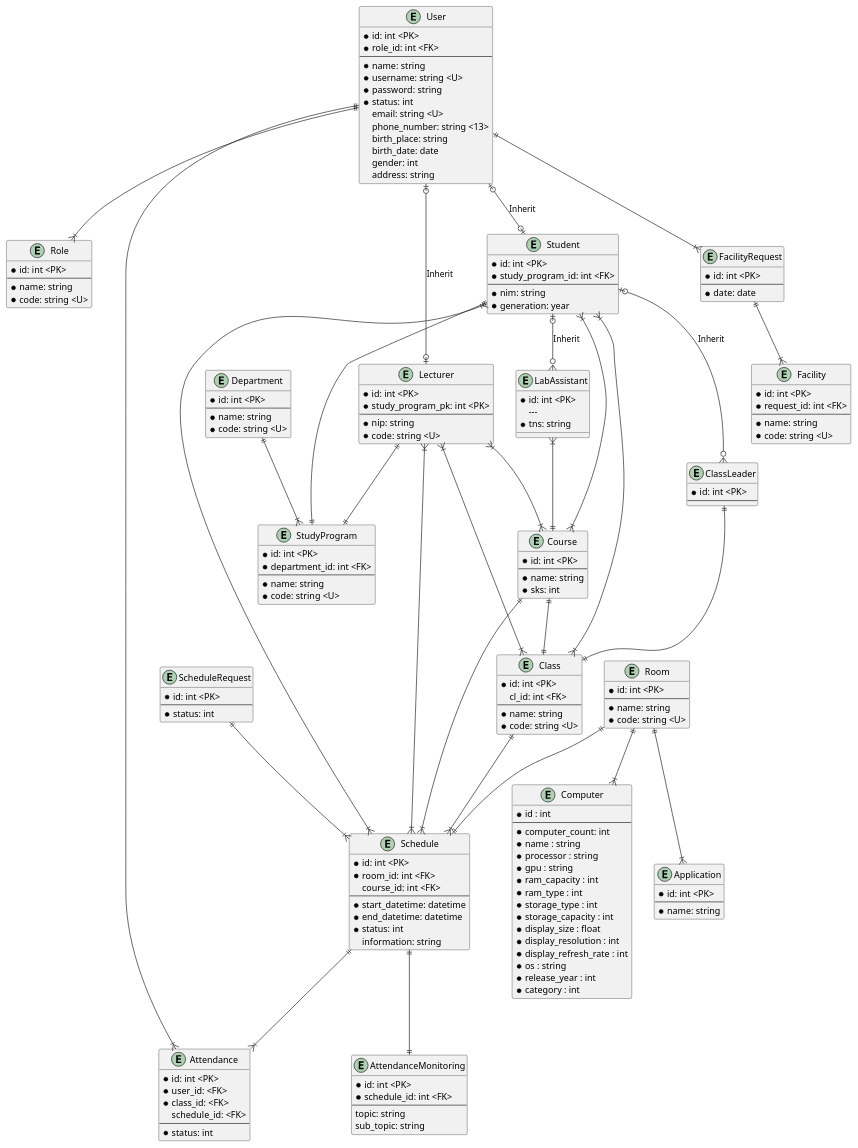
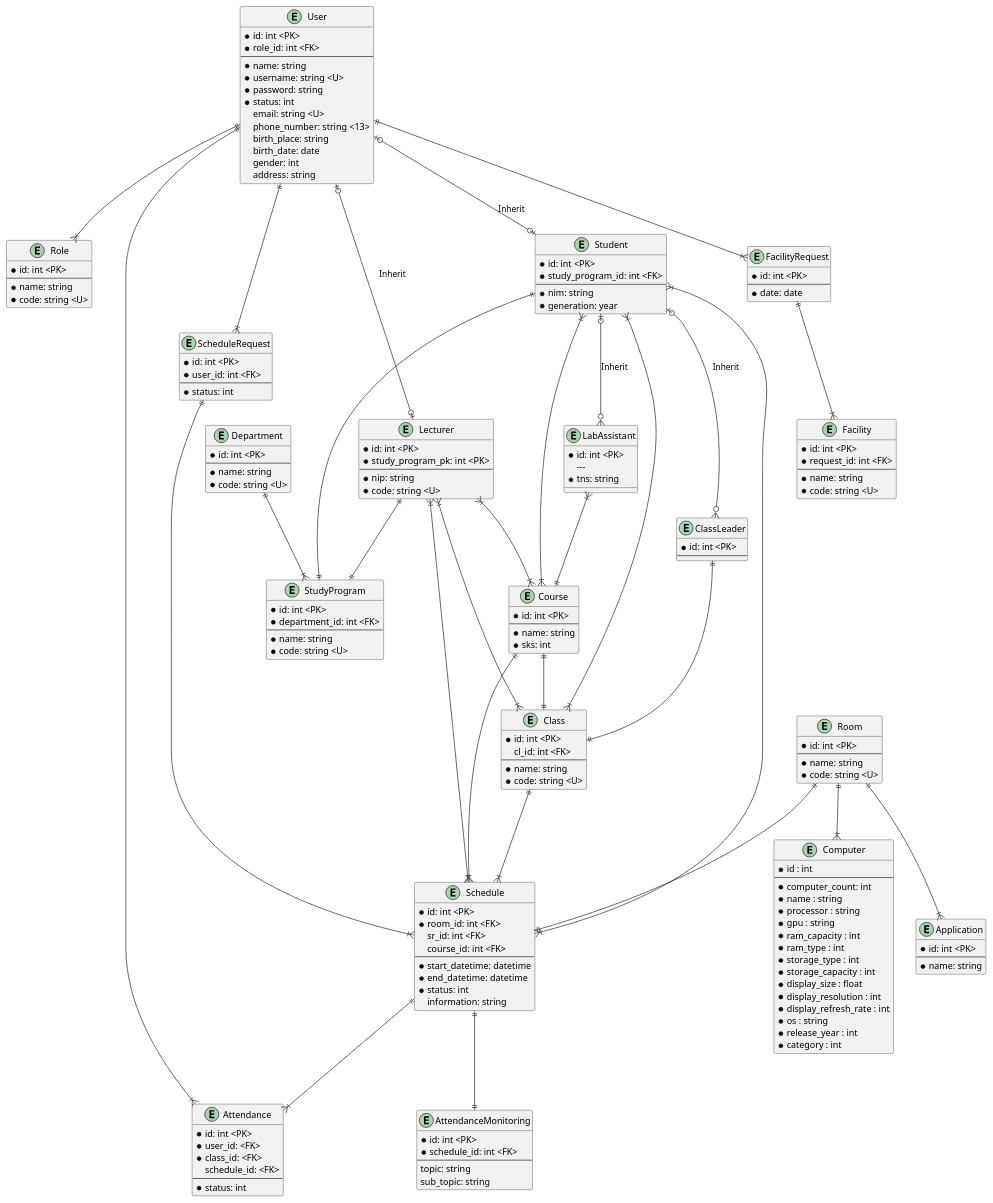
One commit to codebaradev/Simlab changed the diagram in docs/erd.plantuml. Above: the diagram before and after it, drawn with PlantUML. The commit also changed 4 other files, not shown here.

Commit message:
feat: update erd

```diff
--- a/docs/erd.plantuml
+++ b/docs/erd.plantuml
@@ -104,6 +104,7 @@
 
 entity ScheduleRequest {
     * id: int <PK>
+    * user_id: int <FK>
     ---
     * status: int    
 }
@@ -111,6 +112,7 @@
 entity "Schedule" as schedule {
     * id: int <PK>
     * room_id: int <FK>
+    sr_id: int <FK>
     course_id: int <FK>
     ---
     * start_datetime: datetime
@@ -192,6 +194,7 @@
 
 ' Schedule
 
+user ||--|{ ScheduleRequest
 ScheduleRequest ||--|{ schedule
 lecturer }|--|{ schedule: ""
 student }|--|{ schedule: ""
```
